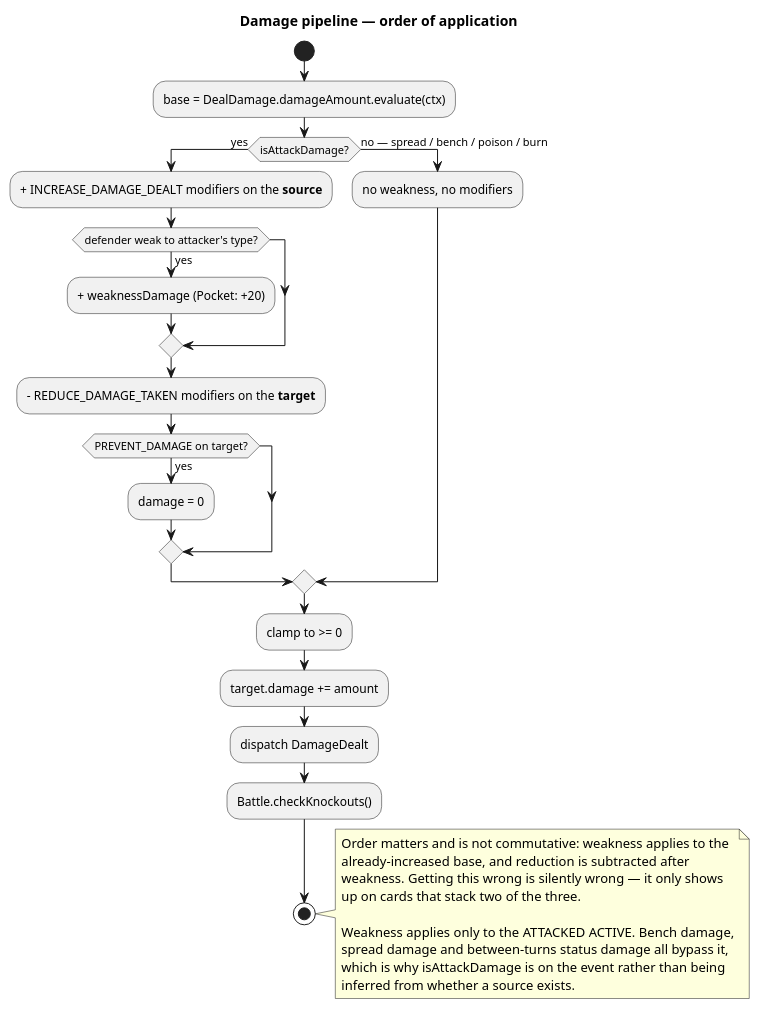
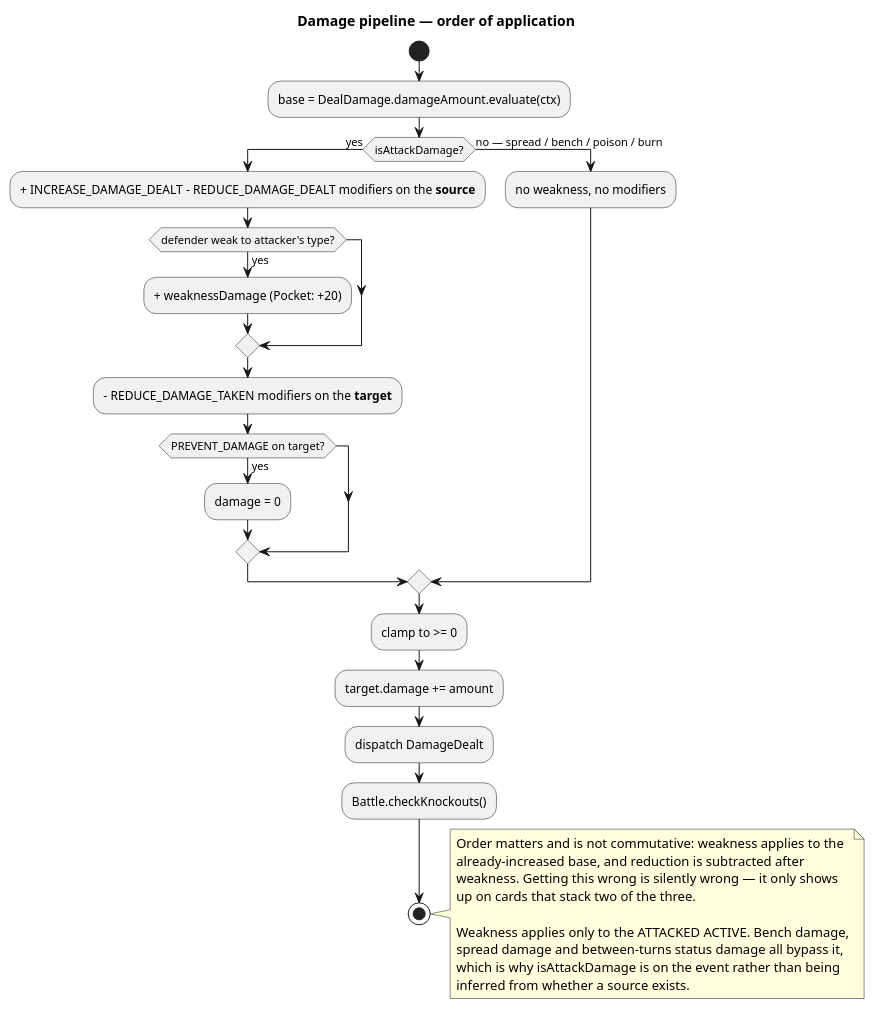
One commit to Richie-Moon/TCGPocketBattler changed the second of 2 diagrams in docs/UML/Damage.puml. Above: the diagram before and after it, drawn with PlantUML. The commit also changed other lines of this file and 20 other files, not shown here.

```diff
--- a/docs/UML/Damage.puml
+++ b/docs/UML/Damage.puml
@@ -48,39 +49,39 @@
 @startuml
 title Damage pipeline — order of application
 
 start
 :base = DealDamage.damageAmount.evaluate(ctx);
 
 if (isAttackDamage?) then (yes)
-  :+ INCREASE_DAMAGE_DEALT modifiers on the **source**;
+  :+ INCREASE_DAMAGE_DEALT - REDUCE_DAMAGE_DEALT modifiers on the **source**;
   if (defender weak to attacker's type?) then (yes)
     :+ weaknessDamage (Pocket: +20);
   endif
   :- REDUCE_DAMAGE_TAKEN modifiers on the **target**;
   if (PREVENT_DAMAGE on target?) then (yes)
     :damage = 0;
   endif
 else (no — spread / bench / poison / burn)
   :no weakness, no modifiers;
 endif
 
 :clamp to >= 0;
 :target.damage += amount;
 :dispatch DamageDealt;
 :Battle.checkKnockouts();
 
 stop
 
 note right
   Order matters and is not commutative: weakness applies to the
   already-increased base, and reduction is subtracted after
   weakness. Getting this wrong is silently wrong — it only shows
   up on cards that stack two of the three.
 
   Weakness applies only to the ATTACKED ACTIVE. Bench damage,
   spread damage and between-turns status damage all bypass it,
   which is why isAttackDamage is on the event rather than being
   inferred from whether a source exists.
 end note
 
 @enduml
```
